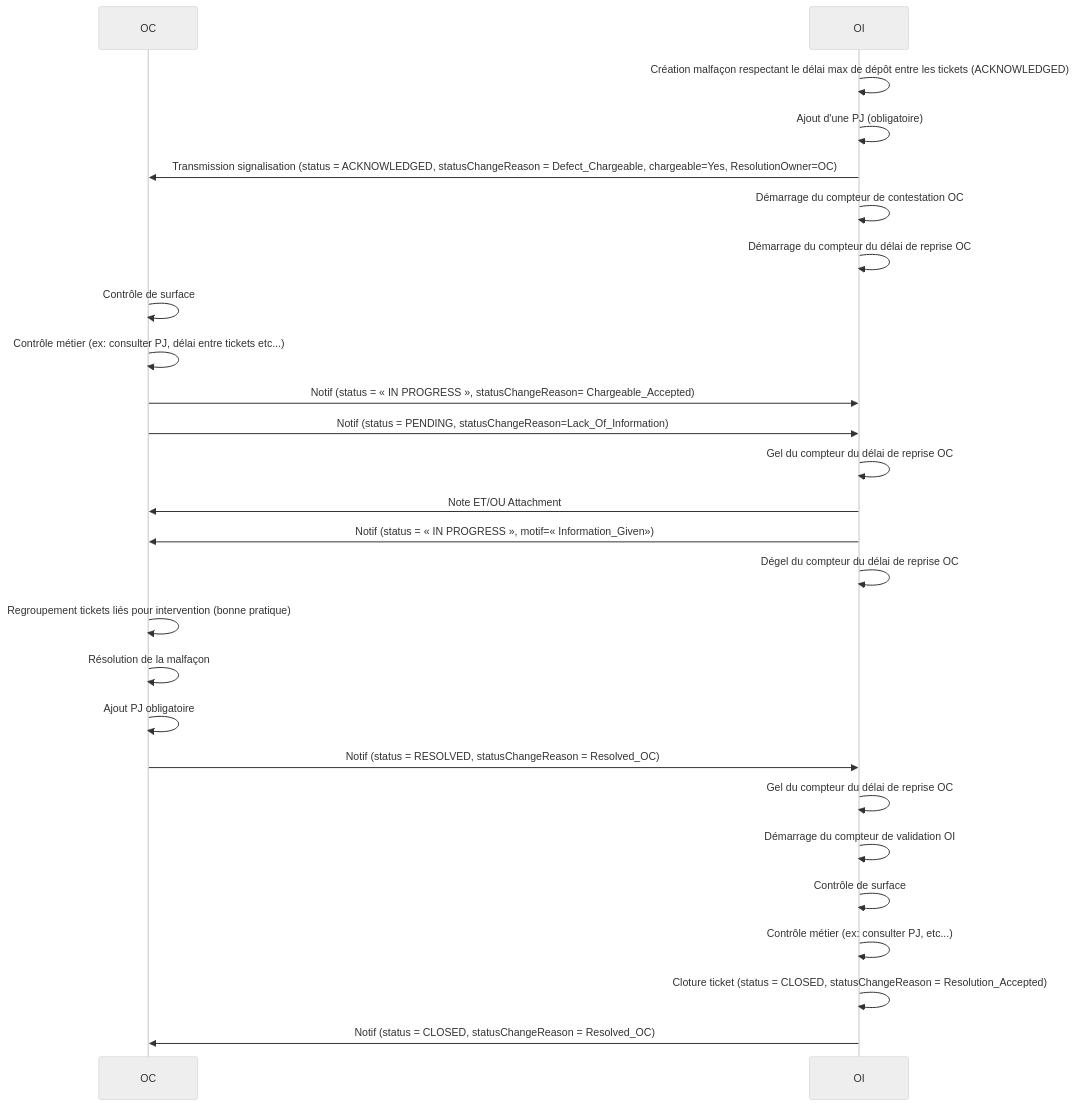
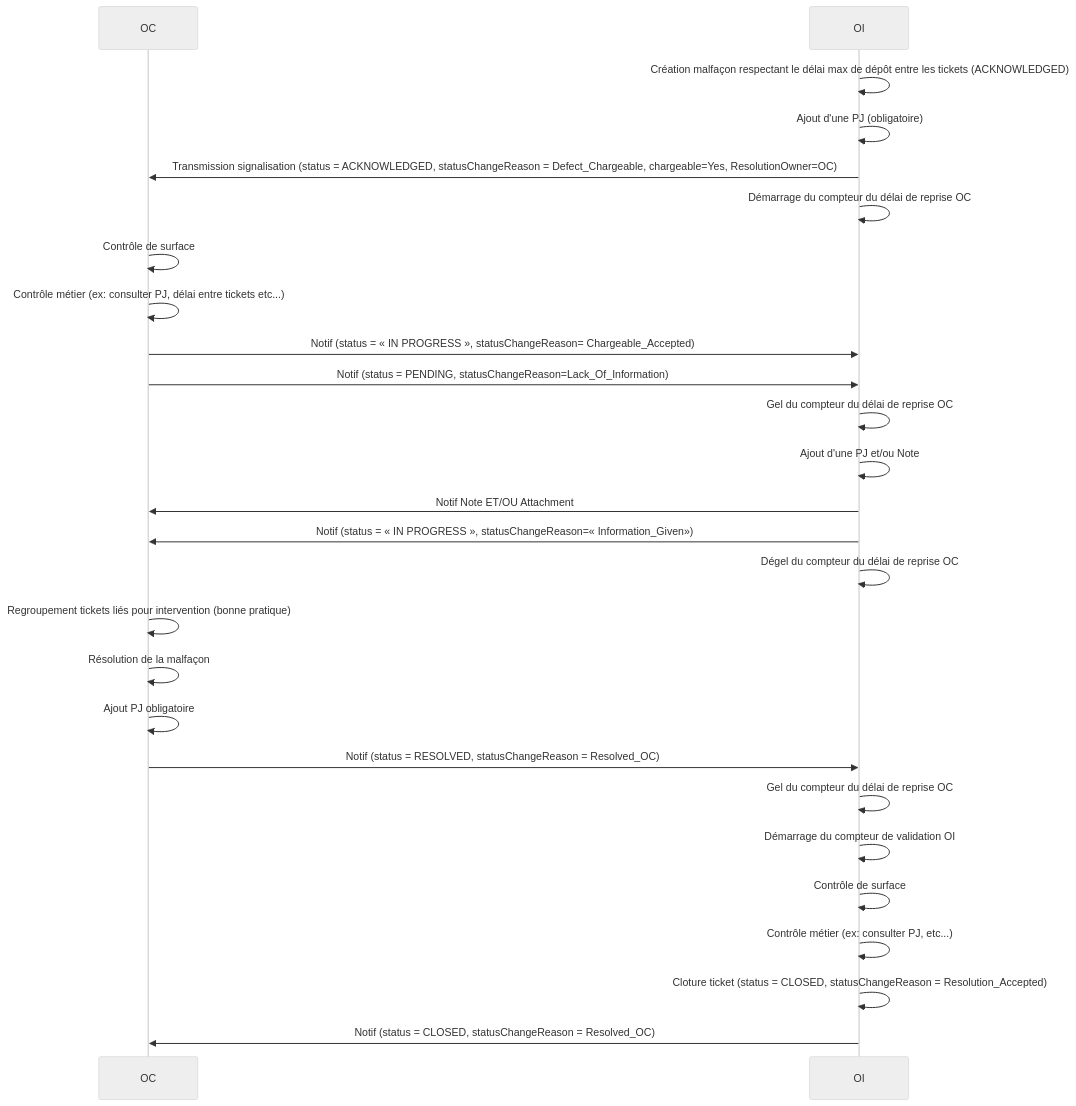
One commit to before-interop/malfacon changed the eighth of 13 diagrams in README.md. Above: the diagram before and after it, drawn with Mermaid (neutral theme). The commit also changed other lines of this file and 2 other files, not shown here.

````diff
--- a/README.md
+++ b/README.md
@@ -476,30 +477,30 @@
 ```mermaid
 sequenceDiagram
 
   participant OC
   participant OI
 
   OI->>OI: Création malfaçon respectant le délai max de dépôt entre les tickets (ACKNOWLEDGED)
   OI->>OI: Ajout d'une PJ (obligatoire)
   OI->>OC: Transmission signalisation (status = ACKNOWLEDGED, statusChangeReason = Defect_Chargeable, chargeable=Yes, ResolutionOwner=OC)
-  OI->>OI: Démarrage du compteur de contestation OC
   OI->>OI: Démarrage du compteur du délai de reprise OC
   OC->>OC: Contrôle de surface
   OC->>OC: Contrôle métier (ex: consulter PJ, délai entre tickets etc...)
   OC->>OI: Notif (status = « IN PROGRESS », statusChangeReason= Chargeable_Accepted)
   OC->>OI: Notif (status = PENDING, statusChangeReason=Lack_Of_Information)
   OI->>OI: Gel du compteur du délai de reprise OC
-  OI->>OC: Note ET/OU Attachment
-  OI->>OC: Notif (status = « IN PROGRESS », motif=« Information_Given»)
+  OI->>OI: Ajout d'une PJ et/ou Note
+  OI->>OC: Notif Note ET/OU Attachment
+  OI->>OC: Notif (status = « IN PROGRESS », statusChangeReason=« Information_Given»)
   OI->>OI: Dégel du compteur du délai de reprise OC
   OC->>OC: Regroupement tickets liés pour intervention (bonne pratique)
   OC->>OC: Résolution de la malfaçon
   OC->>OC: Ajout PJ obligatoire
   OC->>OI: Notif (status = RESOLVED, statusChangeReason = Resolved_OC)
   OI->>OI: Gel du compteur du délai de reprise OC
   OI->>OI: Démarrage du compteur de validation OI
   OI->>OI: Contrôle de surface
   OI->>OI: Contrôle métier (ex: consulter PJ, etc...)
   OI->>OI: Cloture ticket (status = CLOSED, statusChangeReason = Resolution_Accepted)
   OI->>OC: Notif (status = CLOSED, statusChangeReason = Resolved_OC)
 ```
````
